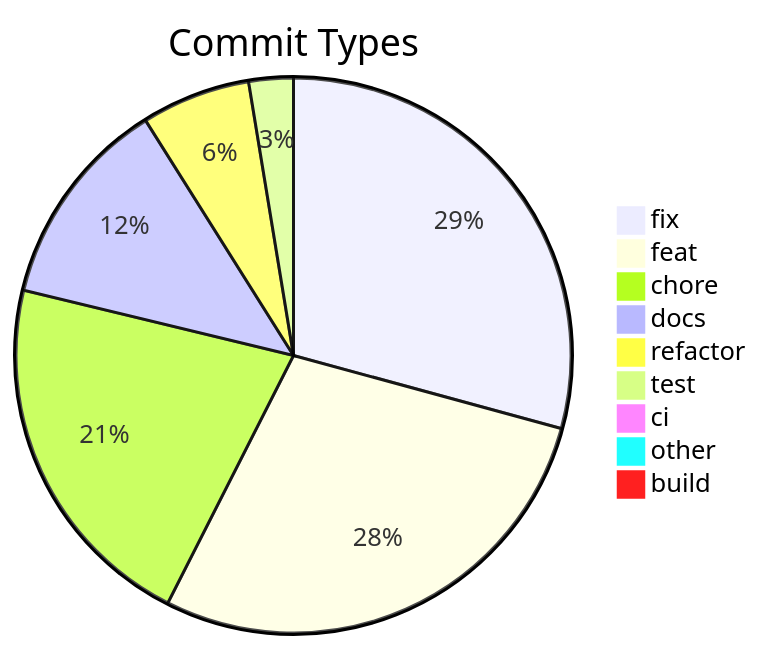
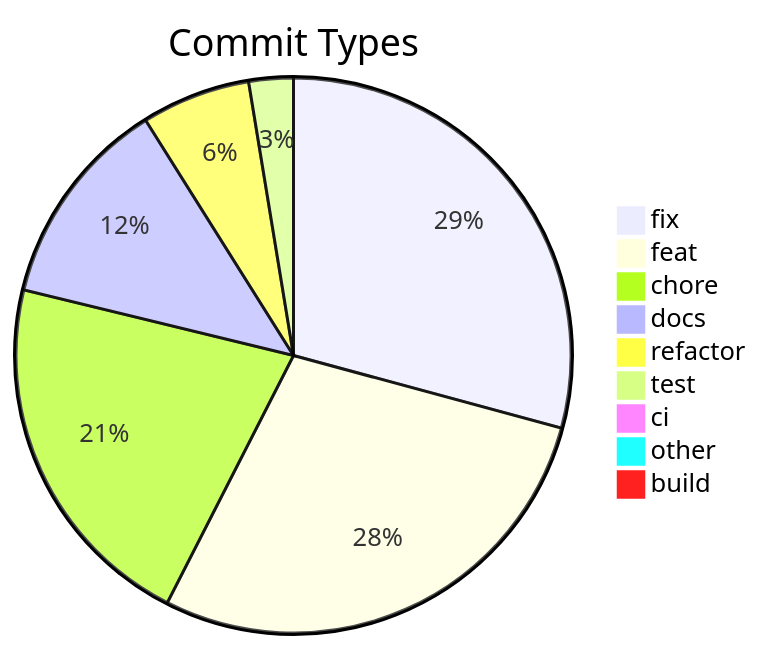
One commit to svenroth-ai/shipwright changed the diagram in .shipwright/compliance/change-history.md. Above: the diagram before and after it, drawn with Mermaid. The commit also changed other lines of this file and 3 other files, not shown here.

````diff
--- a/.shipwright/compliance/change-history.md
+++ b/.shipwright/compliance/change-history.md
@@ -9,12 +9,12 @@
 ```mermaid
 pie title Commit Types
     "fix" : 350
-    "feat" : 338
+    "feat" : 339
     "chore" : 255
     "docs" : 147
     "refactor" : 76
     "test" : 31
     "ci" : 11
     "other" : 9
     "build" : 1
 ```
````
